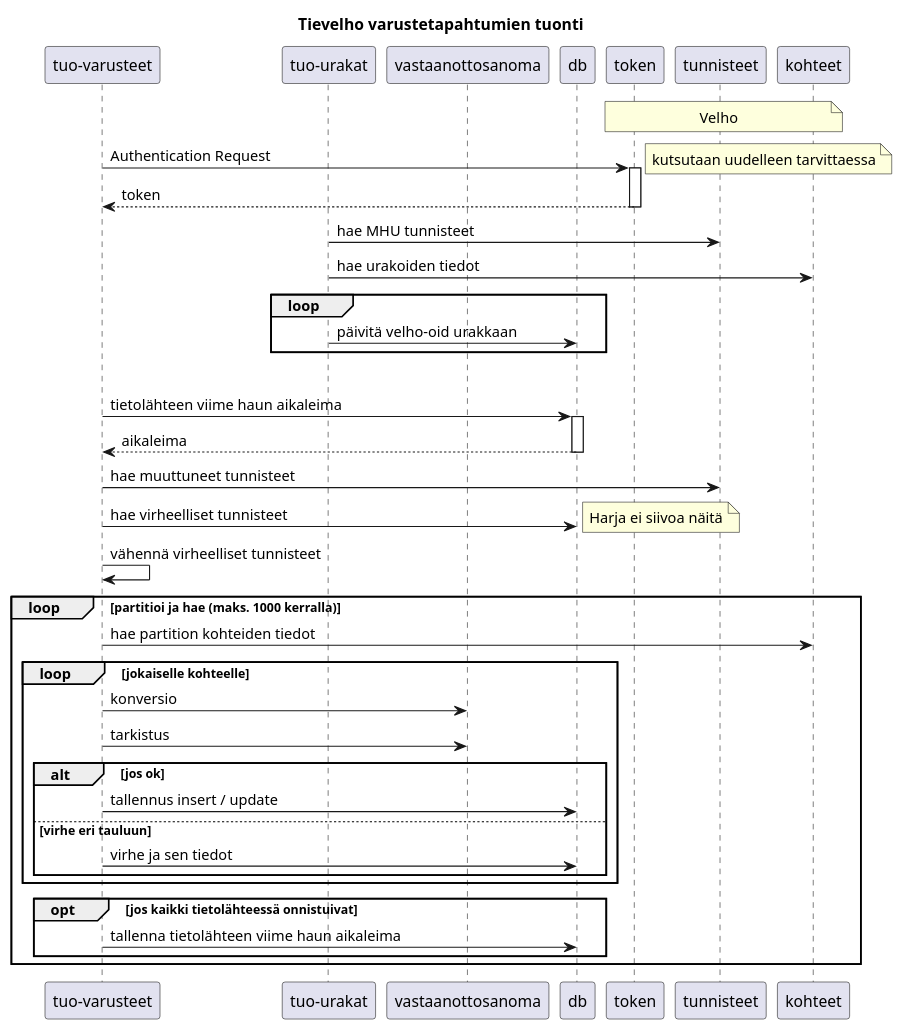
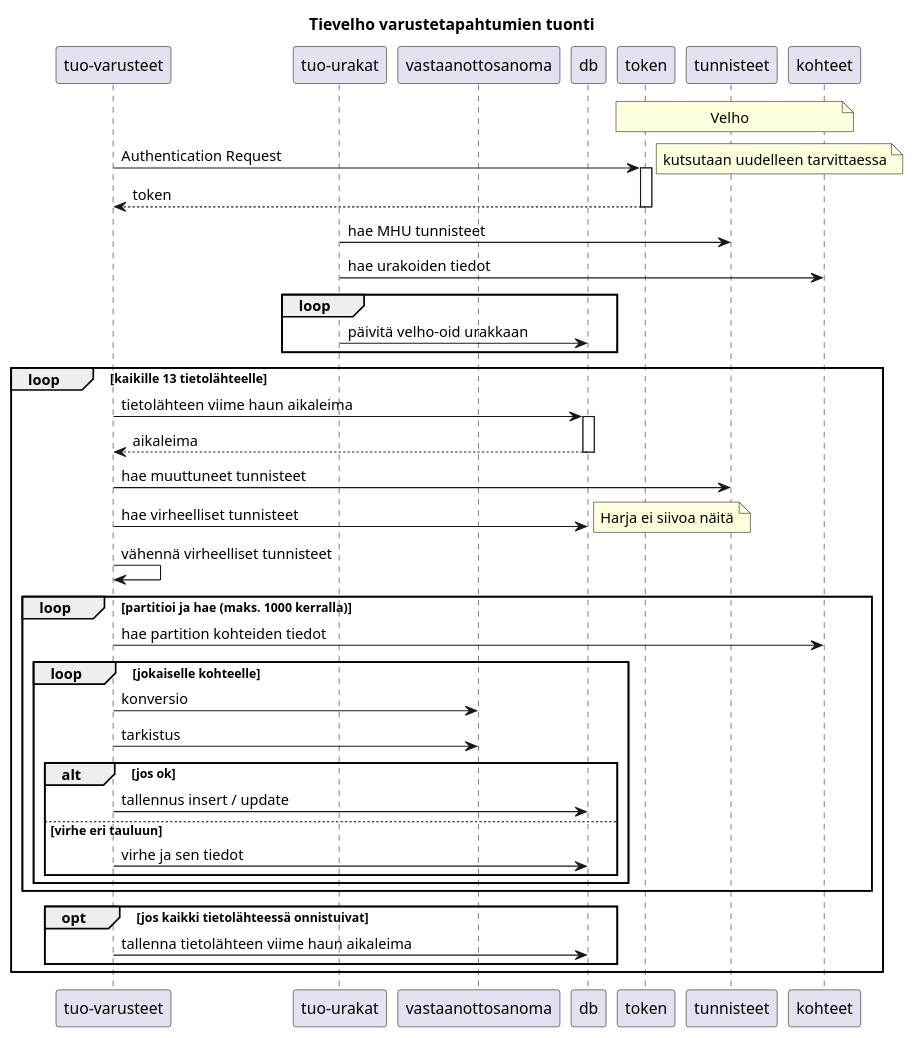
Before and after one commit to finnishtransportagency/harja: the diagram in sekalaista/Tievelho-varustet-tuonti.puml, drawn with PlantUML.

Commit message:
Lisää loopin pois unohtuneen endin

```diff
--- a/sekalaista/Tievelho-varustet-tuonti.puml
+++ b/sekalaista/Tievelho-varustet-tuonti.puml
@@ -3,47 +3,49 @@
 @startuml
 title Tievelho varustetapahtumien tuonti
 participant "tuo-varusteet" as tuo_varusteet
 participant "tuo-urakat" as tuo_urakat
 participant vastaanottosanoma as vs
 participant db as db
 participant token
 participant tunnisteet
 participant kohteet
 
 note over token, kohteet: Velho
 tuo_varusteet->token : Authentication Request
 activate token
 note right:  kutsutaan uudelleen tarvittaessa
 token-->tuo_varusteet: token
 deactivate token
 
 tuo_urakat->tunnisteet: hae MHU tunnisteet
 tuo_urakat->kohteet: hae urakoiden tiedot
 loop
   tuo_urakat->db: päivitä velho-oid urakkaan
 end
+
 loop kaikille 13 tietolähteelle
     tuo_varusteet->db: tietolähteen viime haun aikaleima
     activate db
     db-->tuo_varusteet: aikaleima
     deactivate db
     tuo_varusteet->tunnisteet: hae muuttuneet tunnisteet
     tuo_varusteet->db: hae virheelliset tunnisteet
     note right: Harja ei siivoa näitä
     tuo_varusteet->tuo_varusteet: vähennä virheelliset tunnisteet
     loop partitioi ja hae (maks. 1000 kerralla)
         tuo_varusteet->kohteet: hae partition kohteiden tiedot
-    loop jokaiselle kohteelle
-        tuo_varusteet->vs: konversio
-        tuo_varusteet->vs: tarkistus
-        alt jos ok
-            tuo_varusteet->db: tallennus insert / update
-        else virhe eri tauluun
-            tuo_varusteet->db: virhe ja sen tiedot
+        loop jokaiselle kohteelle
+            tuo_varusteet->vs: konversio
+            tuo_varusteet->vs: tarkistus
+            alt jos ok
+                tuo_varusteet->db: tallennus insert / update
+            else virhe eri tauluun
+                tuo_varusteet->db: virhe ja sen tiedot
+            end
         end
     end
     opt jos kaikki tietolähteessä onnistuivat
         tuo_varusteet->db: tallenna tietolähteen viime haun aikaleima
     end
 end
 @enduml
```
